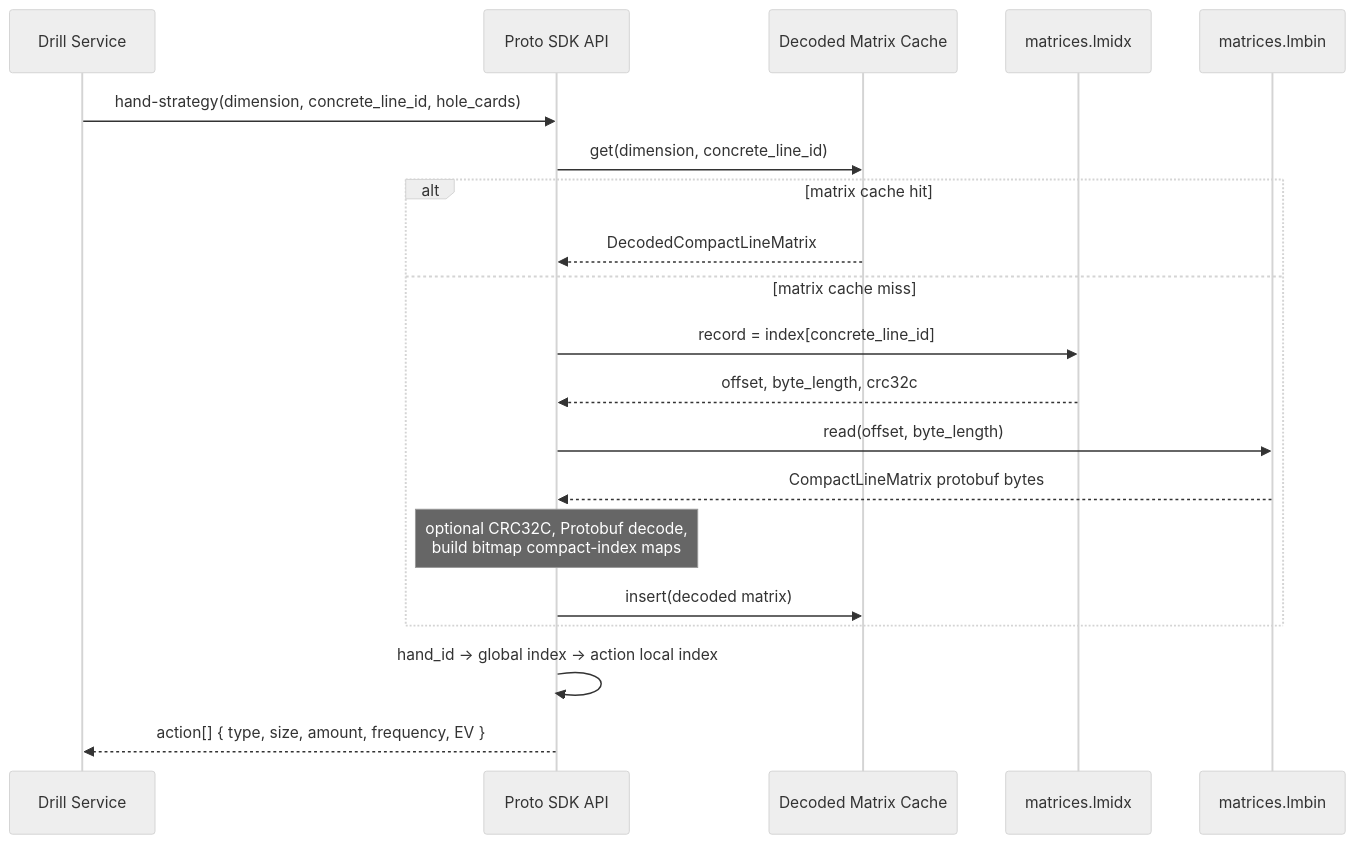
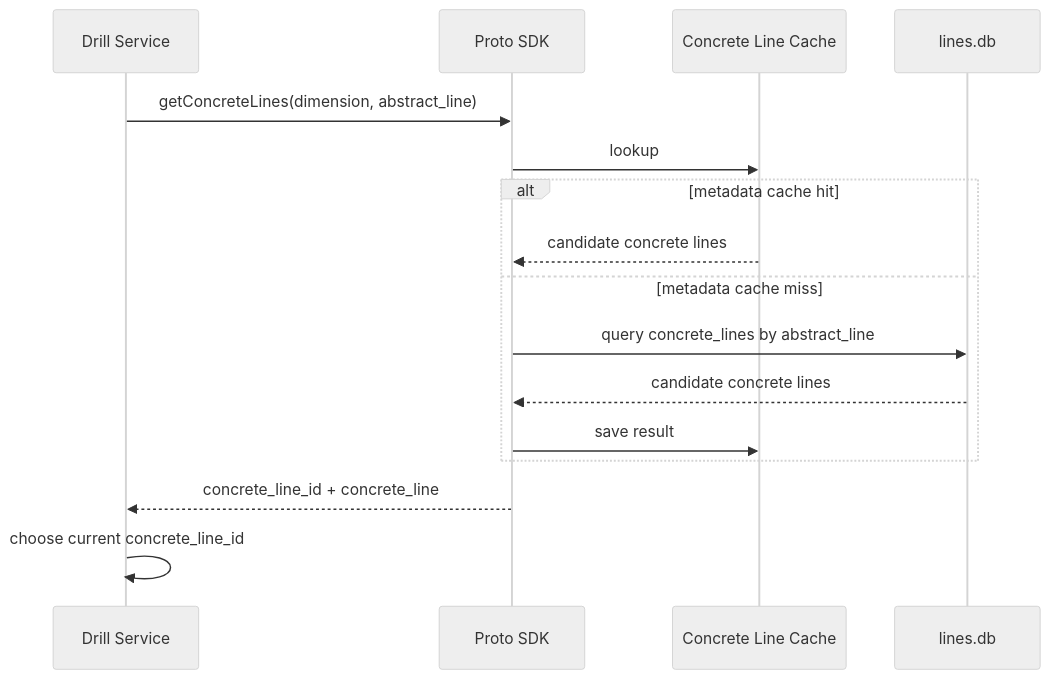
One commit to yangyaDu/poker-hands-storage changed the fourth of 5 diagrams in docs/proto/protobuf-v2-storage-report-outline.md. Above: the diagram before and after it, drawn with Mermaid (neutral theme). The commit also changed other lines of this file and 9 other files, not shown here.

First line of the commit message:
feat: Enhance matrix cache statistics and profiling

````diff
--- a/docs/proto/protobuf-v2-storage-report-outline.md
+++ b/docs/proto/protobuf-v2-storage-report-outline.md
@@ -166,23 +152,19 @@
 ```mermaid
 sequenceDiagram
     participant Drill as Drill Service
-    participant SDK as Proto SDK API
-    participant Cache as Decoded Matrix Cache
-    participant Idx as matrices.lmidx
-    participant Bin as matrices.lmbin
+    participant SDK as Proto SDK
+    participant Cache as Concrete Line Cache
+    participant Meta as lines.db
 
-    Drill->>SDK: hand-strategy(dimension, concrete_line_id, hole_cards)
-    SDK->>Cache: get(dimension, concrete_line_id)
-    alt matrix cache hit
-        Cache-->>SDK: DecodedCompactLineMatrix
-    else matrix cache miss
-        SDK->>Idx: record = index[concrete_line_id]
-        Idx-->>SDK: offset, byte_length, crc32c
-        SDK->>Bin: read(offset, byte_length)
-        Bin-->>SDK: CompactLineMatrix protobuf bytes
-        Note over SDK: optional CRC32C, Protobuf decode,<br/>build bitmap compact-index maps
-        SDK->>Cache: insert(decoded matrix)
+    Drill->>SDK: getConcreteLines(dimension, abstract_line)
+    SDK->>Cache: lookup
+    alt metadata cache hit
+        Cache-->>SDK: candidate concrete lines
+    else metadata cache miss
+        SDK->>Meta: query concrete_lines by abstract_line
+        Meta-->>SDK: candidate concrete lines
+        SDK->>Cache: save result
     end
-    SDK->>SDK: hand_id -> global index -> action local index
-    SDK-->>Drill: action[] { type, size, amount, frequency, EV }
+    SDK-->>Drill: concrete_line_id + concrete_line
+    Drill->>Drill: choose current concrete_line_id
 ```
````
